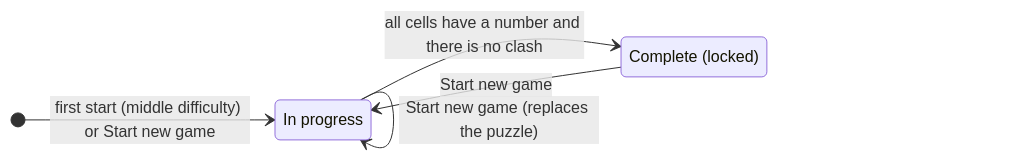
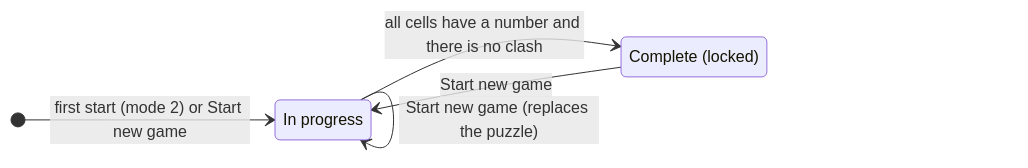
One commit to garbles/sudoku changed the seventh of 13 diagrams in REQUIREMENTS.md. Above: the diagram before and after it, drawn with Mermaid. The commit also changed other lines of this file and 46 other files, not shown here.

````diff
--- a/REQUIREMENTS.md
+++ b/REQUIREMENTS.md
@@ -374,11 +374,11 @@
 ```mermaid
 stateDiagram-v2
     direction LR
     state "In progress" as Playing
     state "Complete (locked)" as Done
-    [*] --> Playing: first start (middle difficulty) or Start new game
+    [*] --> Playing: first start (mode 2) or Start new game
     Playing --> Playing: changes to the board, undo, redo
     Playing --> Done: all cells have a number and there is no clash
     Playing --> Playing: Start new game (replaces the puzzle)
     Done --> Playing: Start new game
 ```
````
